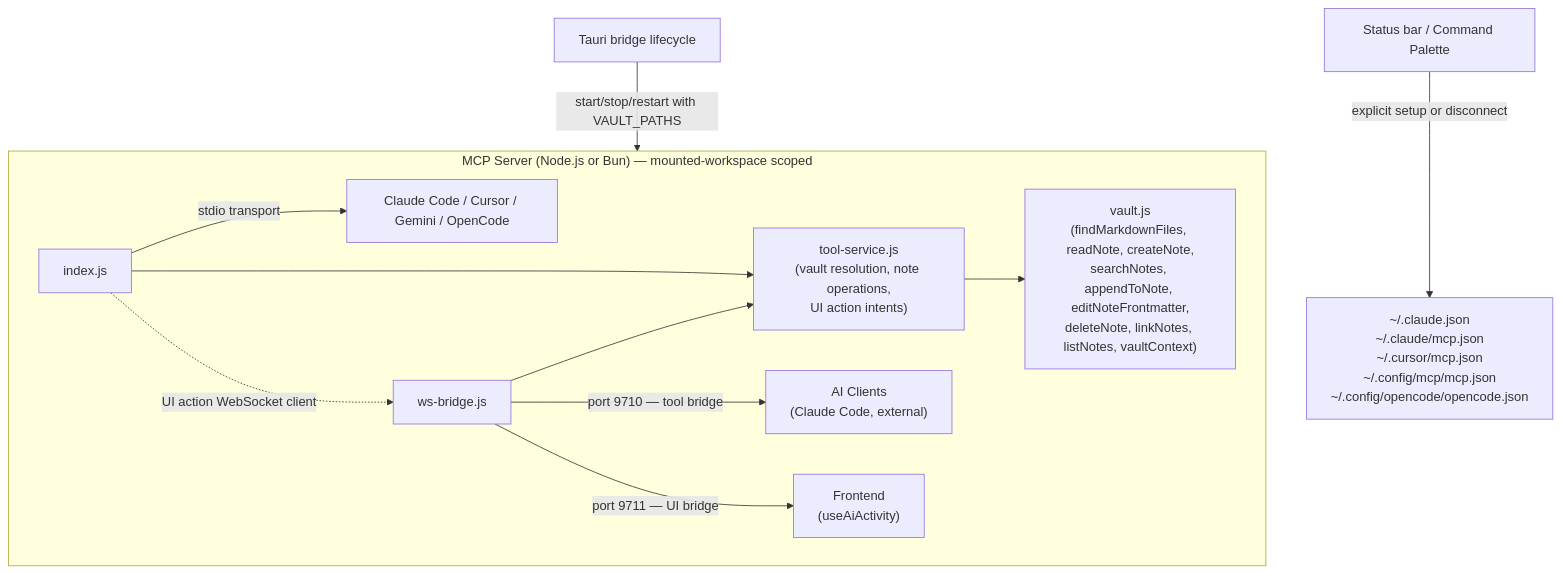
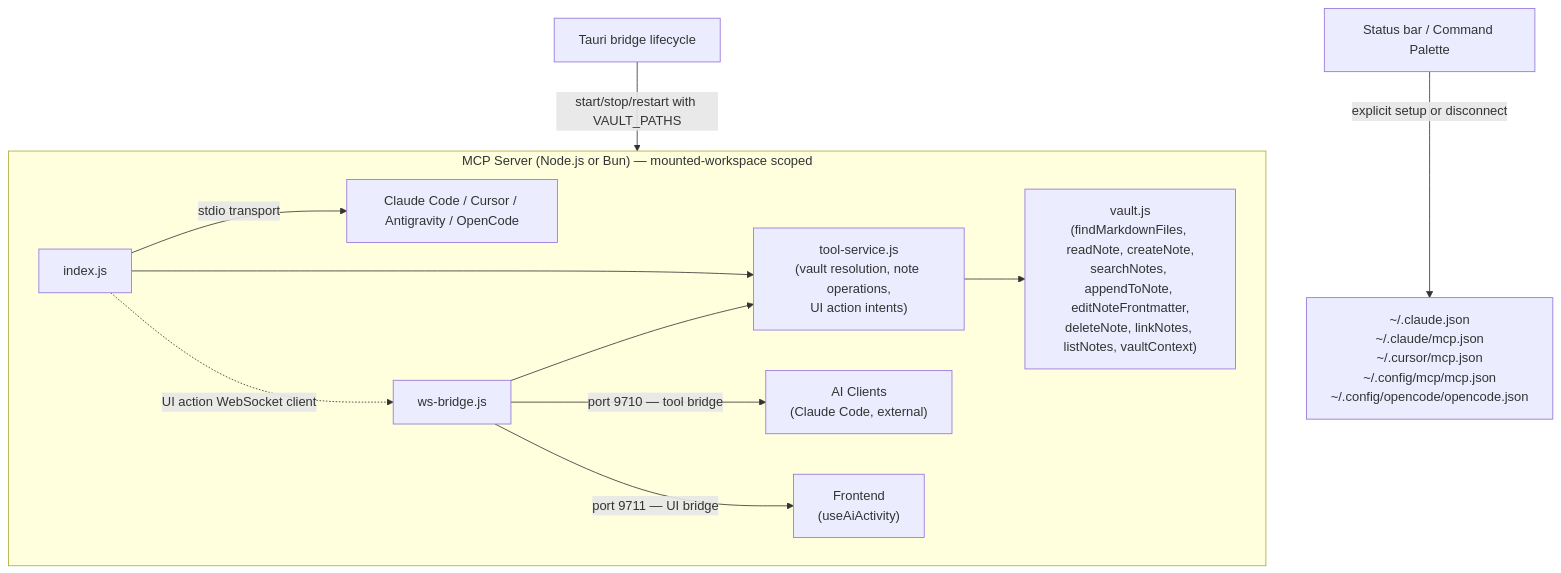
Before and after one commit to aimeritething/Fuwa: the fourth of 10 diagrams in docs/ARCHITECTURE.md, drawn with Mermaid. The commit also changed other lines of this file and 69 other files, not shown here.

````diff
--- a/docs/ARCHITECTURE.md
+++ b/docs/ARCHITECTURE.md
@@ -403,20 +403,20 @@
 ```mermaid
 flowchart TD
     subgraph MCP["MCP Server (Node.js or Bun) — mounted-workspace scoped"]
         IDX["index.js"]
         SVC["tool-service.js\n(vault resolution, note operations,\nUI action intents)"]
         VAULT["vault.js\n(findMarkdownFiles, readNote, createNote,\nsearchNotes, appendToNote, editNoteFrontmatter,\ndeleteNote, linkNotes, listNotes, vaultContext)"]
         WSB["ws-bridge.js"]
 
-        IDX -->|"stdio transport"| STDIO["Claude Code / Cursor / Gemini / OpenCode"]
+        IDX -->|"stdio transport"| STDIO["Claude Code / Cursor / Antigravity / OpenCode"]
         IDX --> SVC
         SVC --> VAULT
         IDX -.->|"UI action WebSocket client"| WSB
         WSB --> SVC
         WSB -->|"port 9710 — tool bridge"| AI["AI Clients\n(Claude Code, external)"]
         WSB -->|"port 9711 — UI bridge"| FE["Frontend\n(useAiActivity)"]
     end
 
     TAURI["Tauri bridge lifecycle"] -->|"start/stop/restart with VAULT_PATHS"| MCP
     UI["Status bar / Command Palette"] -->|"explicit setup or disconnect"| CFG["~/.claude.json\n~/.claude/mcp.json\n~/.cursor/mcp.json\n~/.config/mcp/mcp.json\n~/.config/opencode/opencode.json"]
 ```
````
